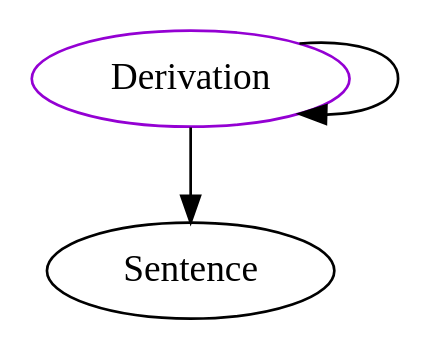
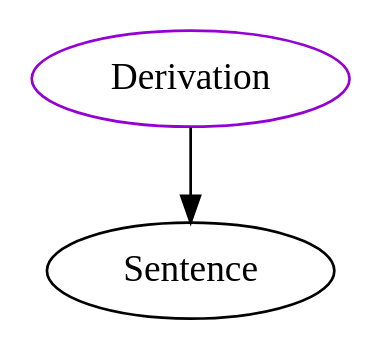
The diagram in analysis/TypeDependencyGraphs/lang/Derivation.dot (JacquesCarette/Drasil), drawn with Graphviz before and after one commit. The commit also changed 1096 other files, not shown here.

```diff
--- a/analysis/TypeDependencyGraphs/lang/Derivation.dot
+++ b/analysis/TypeDependencyGraphs/lang/Derivation.dot
@@ -1,5 +1,4 @@
 digraph derivation{
 Derivation	[shape=oval, color=darkviolet, label="Derivation"];
 Derivation -> Sentence;
-Derivation -> Derivation;
 }
```
